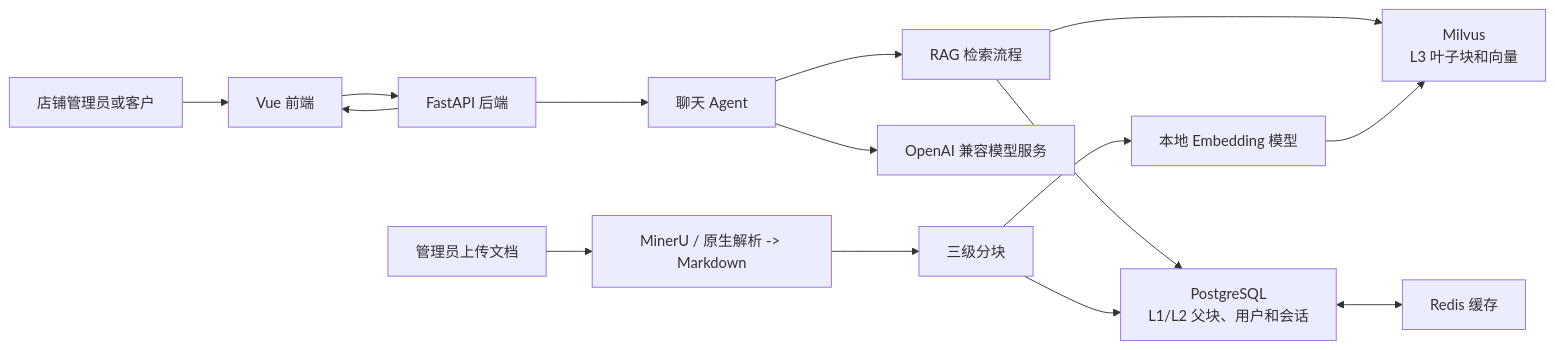
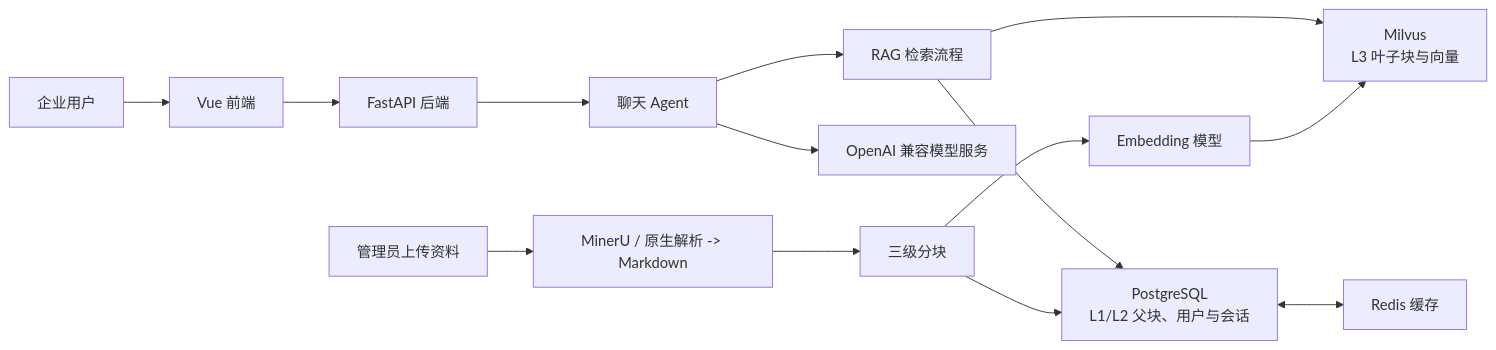
The diagram in README.md (w402116500/SuperNew), drawn with Mermaid before and after one commit. The commit also changed other lines of this file and 12 other files, not shown here.

````diff
--- a/README.md
+++ b/README.md
@@ -22,18 +21,17 @@
 ```mermaid
 flowchart LR
-    U["店铺管理员或客户"] --> FE["Vue 前端"]
+    U["企业用户"] --> FE["Vue 前端"]
     FE --> API["FastAPI 后端"]
     API --> AGENT["聊天 Agent"]
     AGENT --> RAG["RAG 检索流程"]
-    RAG --> MV["Milvus\nL3 叶子块和向量"]
-    RAG --> PG["PostgreSQL\nL1/L2 父块、用户和会话"]
+    RAG --> MV["Milvus\nL3 叶子块与向量"]
+    RAG --> PG["PostgreSQL\nL1/L2 父块、用户与会话"]
     PG <--> REDIS["Redis 缓存"]
     AGENT --> LLM["OpenAI 兼容模型服务"]
-    API --> FE
 
-    ADMIN["管理员上传文档"] --> PARSE["MinerU / 原生解析 -> Markdown"]
+    ADMIN["管理员上传资料"] --> PARSE["MinerU / 原生解析 -> Markdown"]
     PARSE --> CHUNK["三级分块"]
     CHUNK --> PG
-    CHUNK --> EMB["本地 Embedding 模型"]
+    CHUNK --> EMB["Embedding 模型"]
     EMB --> MV
 ```
````
